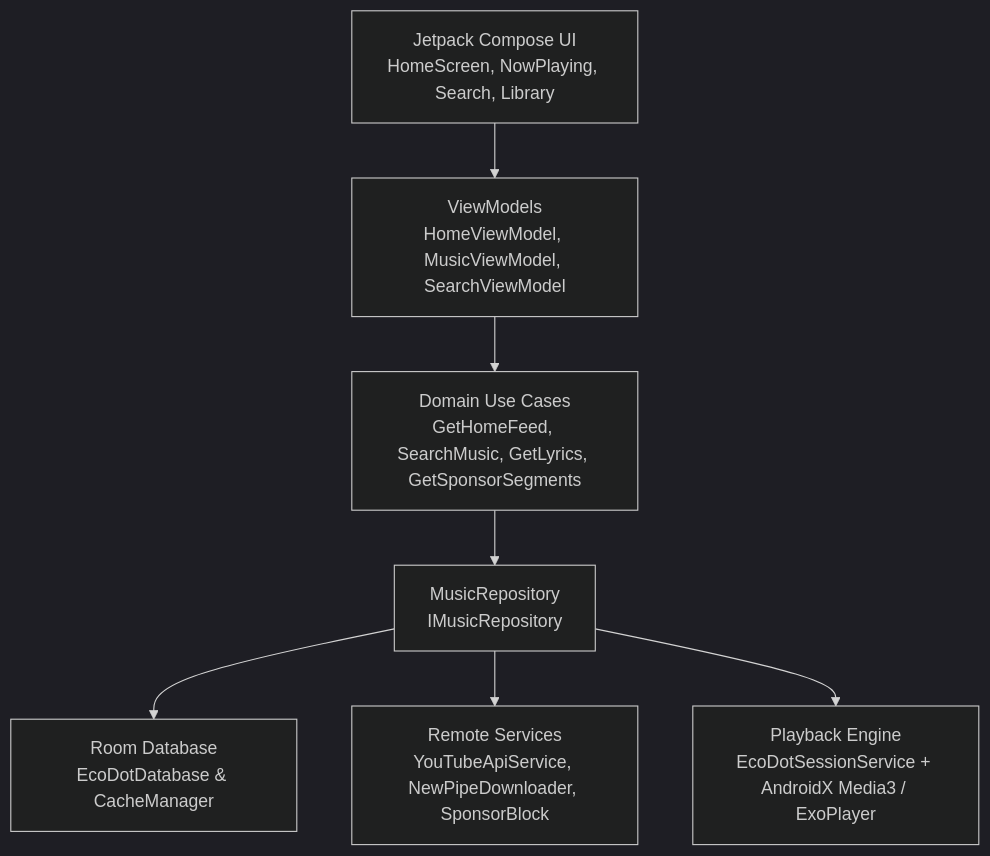
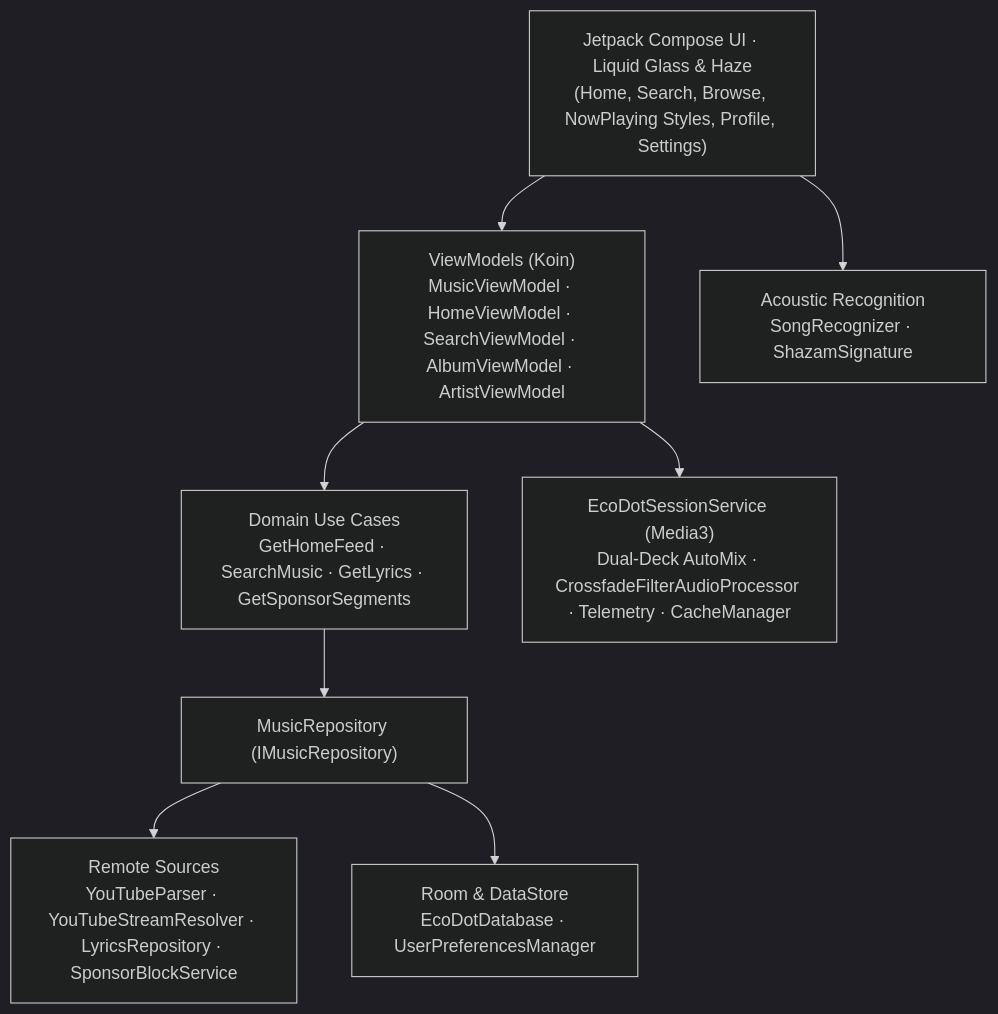
One commit to Debug01-dEoW/EcoDot-MusicApp changed the diagram in README.md. Above: the diagram before and after it, drawn with Mermaid (dark theme). The commit also changed other lines of this file and 70 other files, not shown here.

Commit message:
feat(1.26v): Apple Music, Vinyl & Spotify styles, seamless video continuity, AutoMix, README & EcoDot 1.26v APK (by Debug01-dEoW aka Deep)

````diff
--- a/README.md
+++ b/README.md
@@ -80,9 +58,10 @@
 ```mermaid
-flowchart TD
-    UI[Jetpack Compose UI\nHomeScreen, NowPlaying, Search, Library] --> VM[ViewModels\nHomeViewModel, MusicViewModel, SearchViewModel]
-    VM --> UC[Domain Use Cases\nGetHomeFeed, SearchMusic, GetLyrics, GetSponsorSegments]
-    UC --> Repo[MusicRepository\nIMusicRepository]
-    Repo --> Local[Room Database\nEcoDotDatabase & CacheManager]
-    Repo --> Remote[Remote Services\nYouTubeApiService, NewPipeDownloader, SponsorBlock]
-    Repo --> Player[Playback Engine\nEcoDotSessionService + AndroidX Media3 / ExoPlayer]
+graph TB
+    UI["Jetpack Compose UI · Liquid Glass & Haze<br/>(Home, Search, Browse, NowPlaying Styles, Profile, Settings)"] --> VM["ViewModels (Koin)<br/>MusicViewModel · HomeViewModel · SearchViewModel · AlbumViewModel · ArtistViewModel"]
+    VM --> UC["Domain Use Cases<br/>GetHomeFeed · SearchMusic · GetLyrics · GetSponsorSegments"]
+    UC --> REPO["MusicRepository (IMusicRepository)"]
+    REPO --> REMOTE["Remote Sources<br/>YouTubeParser · YouTubeStreamResolver · LyricsRepository · SponsorBlockService"]
+    REPO --> LOCAL["Room & DataStore<br/>EcoDotDatabase · UserPreferencesManager"]
+    VM --> SVC["EcoDotSessionService (Media3)<br/>Dual-Deck AutoMix · CrossfadeFilterAudioProcessor · Telemetry · CacheManager"]
+    UI --> REC["Acoustic Recognition<br/>SongRecognizer · ShazamSignature"]
 ```
````
